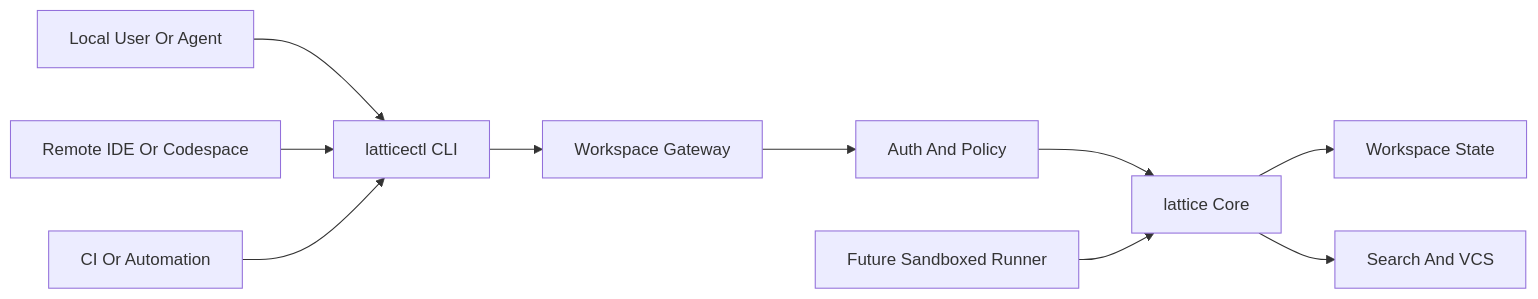
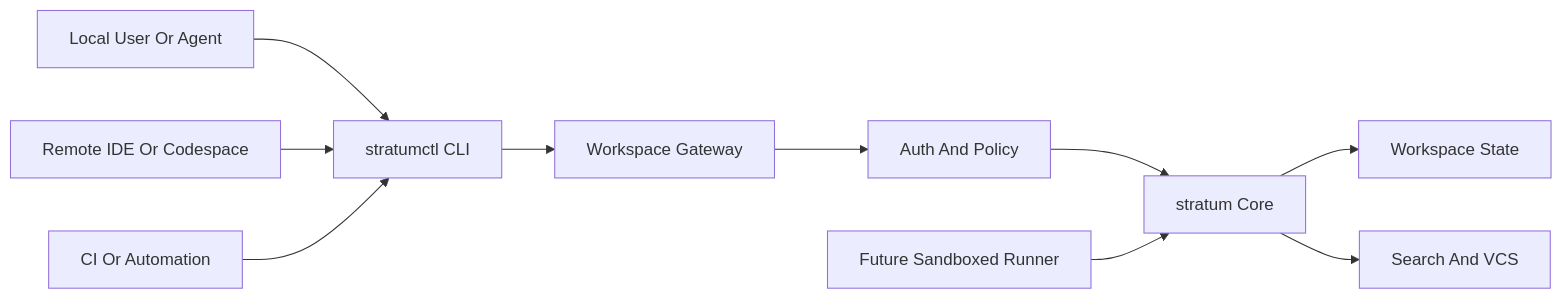
Before and after one commit to rajat1299/stratum: the diagram in docs/cli-cloud-bridge.md, drawn with Mermaid. The commit also changed other lines of this file and 53 other files, not shown here.

````diff
--- a/docs/cli-cloud-bridge.md
+++ b/docs/cli-cloud-bridge.md
@@ -51,12 +51,12 @@
 ```mermaid
 flowchart LR
-  localUser[Local User Or Agent] --> cli[latticectl CLI]
+  localUser[Local User Or Agent] --> cli[stratumctl CLI]
   remoteIde[Remote IDE Or Codespace] --> cli
   ci[CI Or Automation] --> cli
   cli --> gateway[Workspace Gateway]
   gateway --> auth[Auth And Policy]
-  auth --> core[lattice Core]
+  auth --> core[stratum Core]
   core --> persistence[Workspace State]
   core --> search[Search And VCS]
   futureExec[Future Sandboxed Runner] --> core
 ```
````
